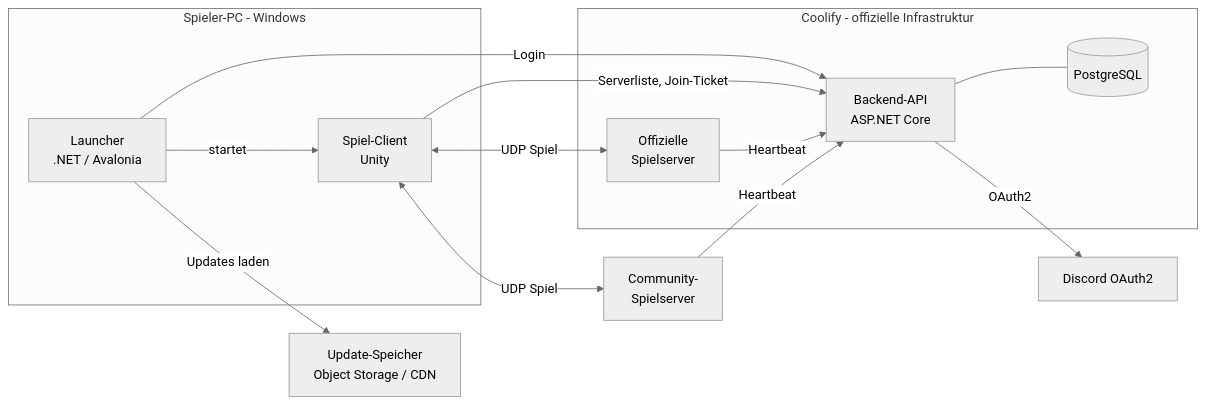
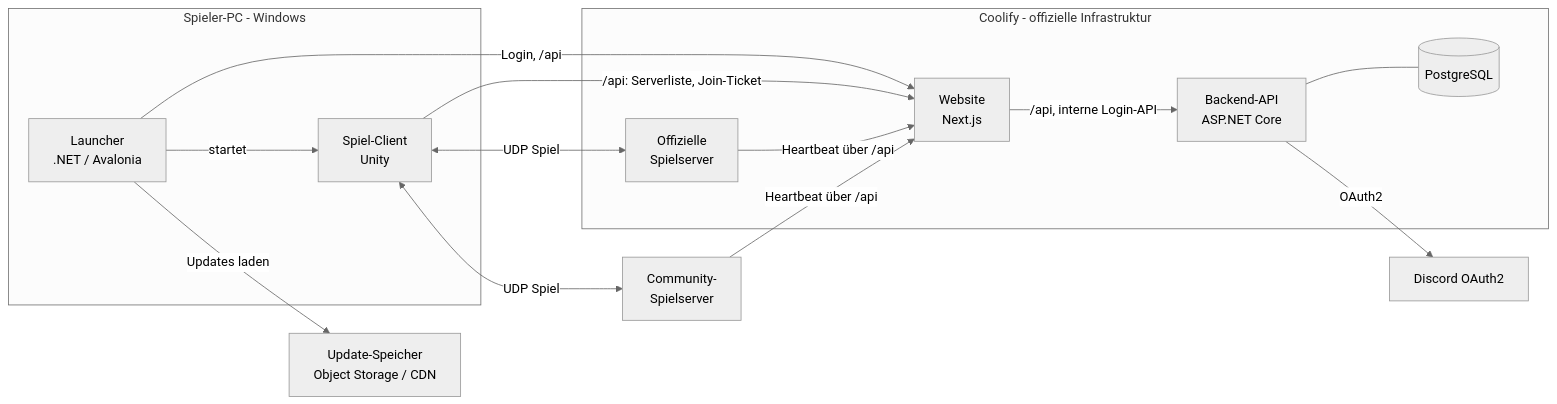
One commit to janhoeck/aceofspades2 changed the first of 2 diagrams in docs/architecture.md. Above: the diagram before and after it, drawn with Mermaid (neutral theme). The commit also changed other lines of this file and 67 other files, not shown here.

First line of the commit message:
M2.1 Website & Login über die Website

````diff
--- a/docs/architecture.md
+++ b/docs/architecture.md
@@ -7,28 +7,30 @@
 ```mermaid
 flowchart LR
     subgraph PC[Spieler-PC - Windows]
         L[Launcher<br/>.NET / Avalonia]
         C[Spiel-Client<br/>Unity]
     end
 
     subgraph Coolify[Coolify - offizielle Infrastruktur]
+        W[Website<br/>Next.js]
         B[Backend-API<br/>ASP.NET Core]
         DB[(PostgreSQL)]
         GS1[Offizielle<br/>Spielserver]
     end
 
     U[Update-Speicher<br/>Object Storage / CDN]
     D[Discord OAuth2]
     GS2[Community-<br/>Spielserver]
 
     L -- Updates laden --> U
-    L -- Login --> B
+    L -- Login, /api --> W
+    W -- /api, interne Login-API --> B
     B -- OAuth2 --> D
     B --- DB
     L -- startet --> C
-    C -- Serverliste, Join-Ticket --> B
+    C -- /api: Serverliste, Join-Ticket --> W
     C <-- UDP Spiel --> GS1
     C <-- UDP Spiel --> GS2
-    GS1 -- Heartbeat --> B
-    GS2 -- Heartbeat --> B
+    GS1 -- Heartbeat über /api --> W
+    GS2 -- Heartbeat über /api --> W
 ```
````
